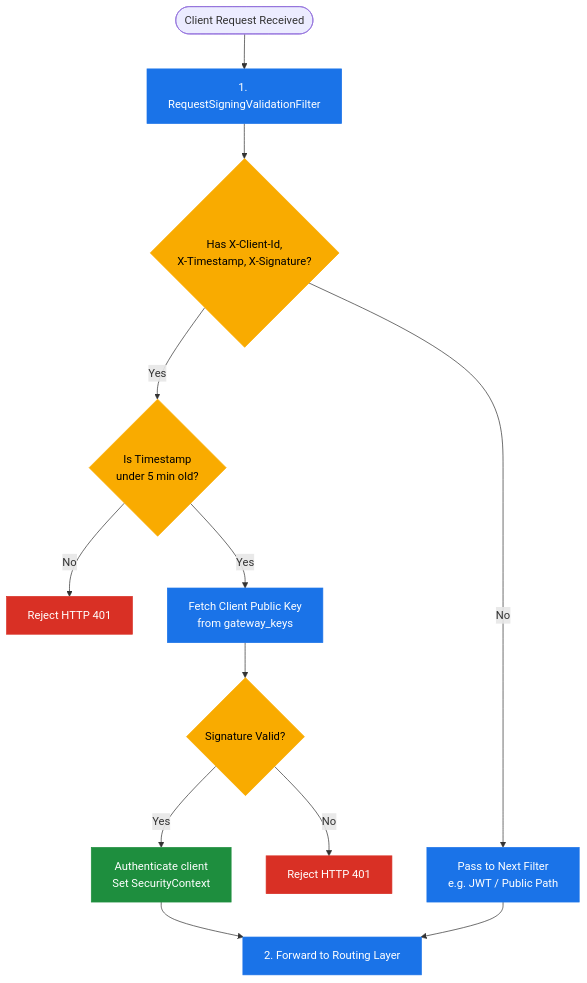
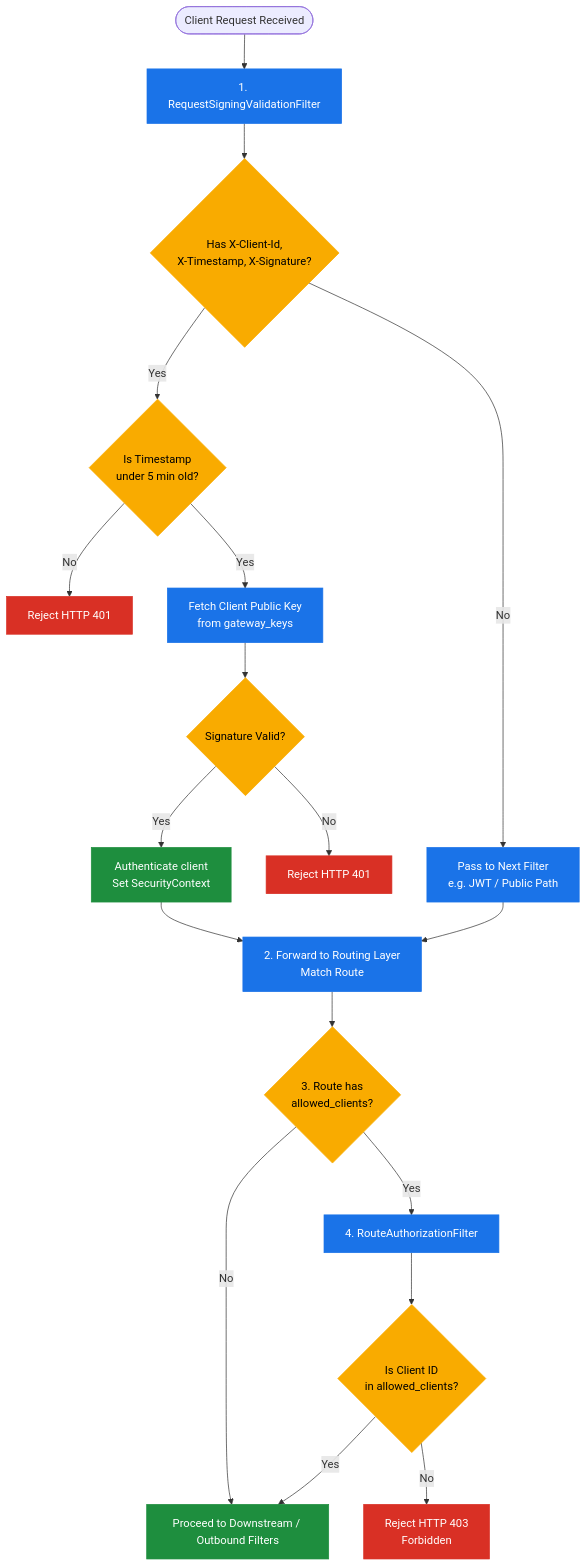
Before and after one commit to NTD98/gateway: the first of 2 diagrams in README.md, drawn with Mermaid. The commit also changed other lines of this file, not shown here.

Commit message:
Update inbound flowchart in README.md to include the Route-Level Client Authorization step

````diff
--- a/README.md
+++ b/README.md
@@ -14,22 +14,31 @@
 ```mermaid
 graph TD
     classDef process fill:#1a73e8,stroke:#1a73e8,color:#fff;
     classDef decision fill:#f9ab00,stroke:#f9ab00,color:#000;
     classDef success fill:#1e8e3e,stroke:#1e8e3e,color:#fff;
     classDef failure fill:#d93025,stroke:#d93025,color:#fff;
 
     StartInbound([Client Request Received]) --> InboundFilter[1. RequestSigningValidationFilter]:::process
     InboundFilter --> InboundHeaders{Has X-Client-Id, <br> X-Timestamp, X-Signature?}:::decision
     
     InboundHeaders -- No --> PassInbound[Pass to Next Filter <br> e.g. JWT / Public Path]:::process
     InboundHeaders -- Yes --> VerifyTimestamp{Is Timestamp <br> under 5 min old?}:::decision
     
     VerifyTimestamp -- No --> RejectReplay[Reject HTTP 401]:::failure
     VerifyTimestamp -- Yes --> FetchPublicKey[Fetch Client Public Key <br> from gateway_keys]:::process
     
     FetchPublicKey --> VerifyInbound{Signature Valid?}:::decision
     VerifyInbound -- No --> RejectSignature[Reject HTTP 401]:::failure
     VerifyInbound -- Yes --> Authenticate[Authenticate client <br> Set SecurityContext]:::success
-    Authenticate --> RouteTree[2. Forward to Routing Layer]:::process
+    
+    Authenticate --> RouteTree[2. Forward to Routing Layer <br> Match Route]:::process
     PassInbound --> RouteTree
+
+    RouteTree --> AuthzCheck{3. Route has <br> allowed_clients?}:::decision
+    AuthzCheck -- No --> ProceedRouting[Proceed to Downstream / Outbound Filters]:::success
+    AuthzCheck -- Yes --> RouteAuthz[4. RouteAuthorizationFilter]:::process
+    
+    RouteAuthz --> VerifyAuthz{Is Client ID <br> in allowed_clients?}:::decision
+    VerifyAuthz -- No --> RejectAuthz[Reject HTTP 403 <br> Forbidden]:::failure
+    VerifyAuthz -- Yes --> ProceedRouting
 ```
````
